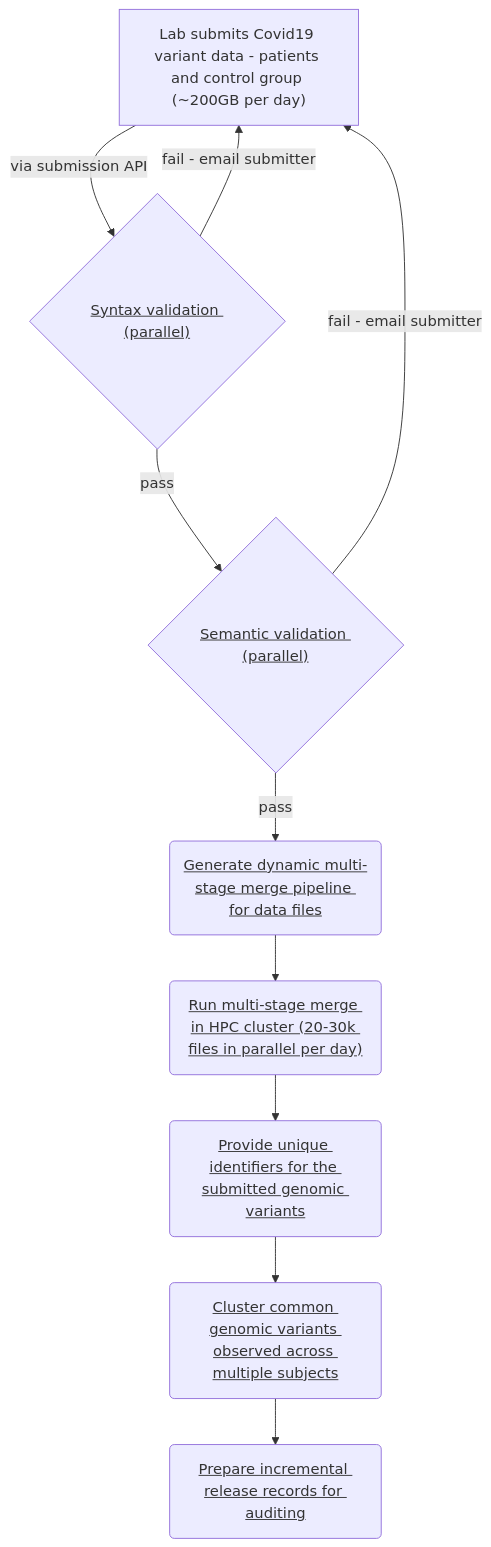
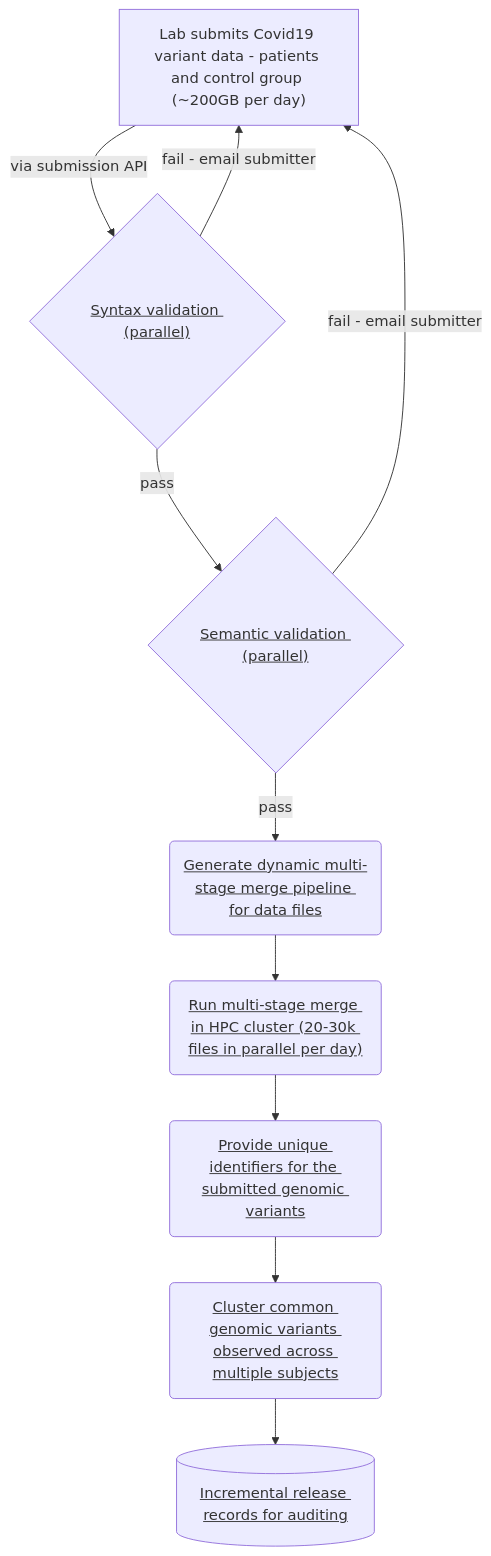
Before and after one commit to sundarvenkata/covid19dp-process: the diagram in process-diagram.md, drawn with Mermaid.

````diff
--- a/process-diagram.md
+++ b/process-diagram.md
@@ -4,19 +4,19 @@
 ```mermaid
 graph TD
     user["Lab submits Covid19 variant data - patients and control group (~200GB per day)"] -->|via submission API|validateVCF{"<u>Syntax validation (parallel)</u>"}
 	validateVCF --> |pass| validateSemantics{"<u>Semantic validation (parallel)</u>"}
 	validateVCF --> |fail - email submitter| user
 	validateSemantics --> |fail - email submitter| user
 	validateSemantics --> |pass| semanticMergeGenerate(<u>Generate dynamic multi-stage merge pipeline for data files</u>)
 	semanticMergeGenerate --> semanticMerge("<u>Run multi-stage merge in HPC cluster (20-30k files in parallel per day)</u>")
 	semanticMerge --> accession("<u>Provide unique identifiers for the submitted genomic variants</u>")
 	accession --> clustering("<u>Cluster common genomic variants observed across multiple subjects</u>")
-	clustering --> incrementalRelease("<u>Prepare incremental release records for auditing</u>")
+	clustering --> incrementalRelease[("<u>Incremental release records for auditing</u>")]
 	click validateVCF "https://github.com/EBIvariation/covid19dp-submission/blob/3a6f3615bb7697a7fb2b51da79ba8d85d02b84b5/covid19dp_submission/nextflow/submission_workflow.nf#L1"
 	click validateSemantics "https://github.com/EBIvariation/covid19dp-submission/blob/3a6f3615bb7697a7fb2b51da79ba8d85d02b84b5/covid19dp_submission/nextflow/submission_workflow.nf#L22"
 	click semanticMergeGenerate "https://github.com/EBIvariation/covid19dp-submission/blob/3a6f3615bb7697a7fb2b51da79ba8d85d02b84b5/covid19dp_submission/steps/vcf_vertical_concat/run_vcf_vertical_concat_pipeline.py#L41"
 	click semanticMerge "https://github.com/EBIvariation/covid19dp-submission/blob/3a6f3615bb7697a7fb2b51da79ba8d85d02b84b5/covid19dp_submission/nextflow/submission_workflow.nf#L67"
 	click accession "https://github.com/EBIvariation/eva-accession/"
 	click clustering "https://github.com/EBIvariation/eva-accession/blob/f9863197a232b535a6b2b8915440f1c4059e48dd/eva-accession-clustering/src/main/java/uk/ac/ebi/eva/accession/clustering/configuration/batch/jobs/ClusteringFromMongoJobConfiguration.java#L98"
 	click incrementalRelease "https://github.com/EBIvariation/covid19dp-submission/blob/3a6f3615bb7697a7fb2b51da79ba8d85d02b84b5/covid19dp_submission/nextflow/submission_workflow.nf#L153"
   ```
````
